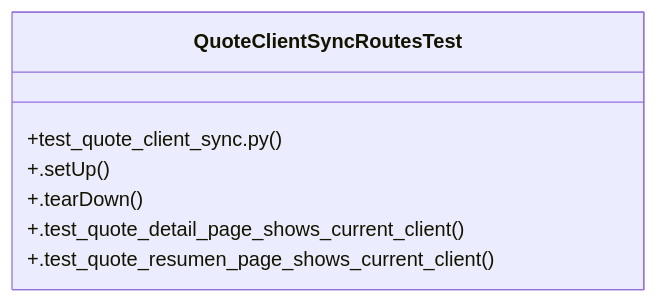
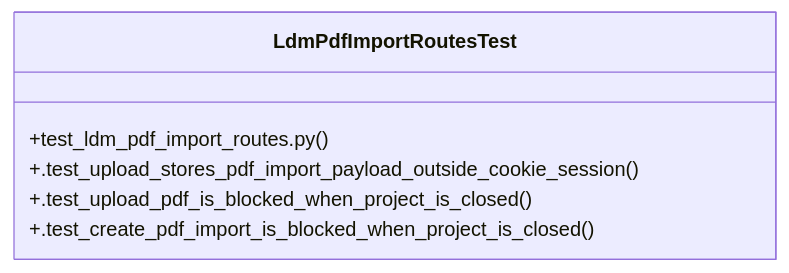
One commit to Daftrick/ProjectTracker changed the diagram in graphify-out/wiki/Community_38.md. Above: the diagram before and after it, drawn with Mermaid. The commit also changed other lines of this file and 544 other files, not shown here.

````diff
--- a/graphify-out/wiki/Community_38.md
+++ b/graphify-out/wiki/Community_38.md
@@ -16,10 +16,9 @@
 ```mermaid
 classDiagram
-    class QuoteClientSyncRoutesTest {
-        +test_quote_client_sync.py()
-        +.setUp()
-        +.tearDown()
-        +.test_quote_detail_page_shows_current_client()
-        +.test_quote_resumen_page_shows_current_client()
+    class LdmPdfImportRoutesTest {
+        +test_ldm_pdf_import_routes.py()
+        +.test_upload_stores_pdf_import_payload_outside_cookie_session()
+        +.test_upload_pdf_is_blocked_when_project_is_closed()
+        +.test_create_pdf_import_is_blocked_when_project_is_closed()
     }
 ```
````
